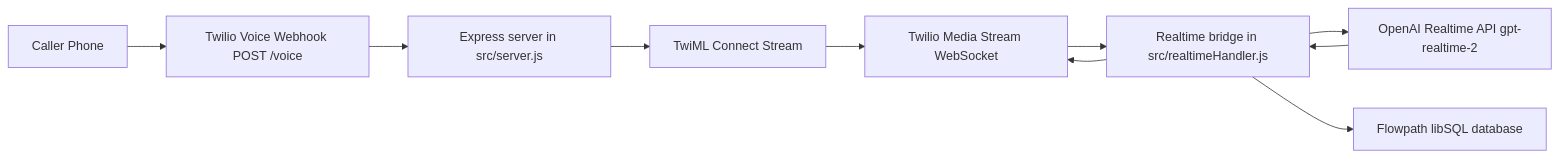
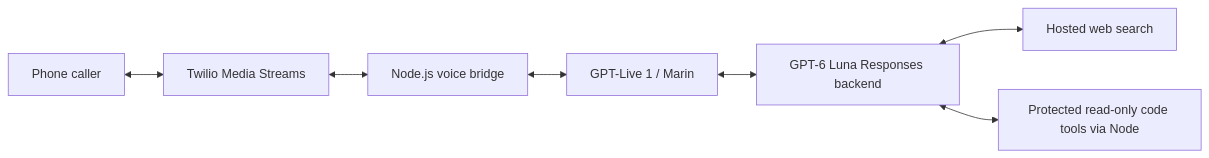
Before and after one commit to tommyd2377/voice-ai-system: the diagram in README.md, drawn with Mermaid. The commit also changed other lines of this file and 16 other files, not shown here.

Commit message:
Migrate Victoria to GPT-Live and retire dashboard tools

````diff
--- a/README.md
+++ b/README.md
@@ -55,12 +11,9 @@
 ```mermaid
 flowchart LR
-  A[Caller Phone] --> B[Twilio Voice Webhook POST /voice]
-  B --> C[Express server in src/server.js]
-  C --> D[TwiML Connect Stream]
-  D --> E[Twilio Media Stream WebSocket]
-  E --> F[Realtime bridge in src/realtimeHandler.js]
-  F --> G[OpenAI Realtime API gpt-realtime-2]
-  G --> F
-  F --> E
-  F --> J[Flowpath libSQL database]
+  Caller[Phone caller] <--> Twilio[Twilio Media Streams]
+  Twilio <--> Node[Node.js voice bridge]
+  Node <--> Live[GPT-Live 1 / Marin]
+  Live <--> Backend[GPT-6 Luna Responses backend]
+  Backend <--> Search[Hosted web search]
+  Backend <--> Code[Protected read-only code tools via Node]
 ```
````
